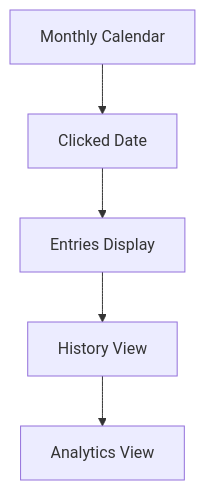
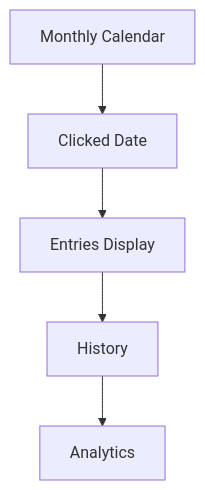
One commit to abhijeet-hudda/Focus-and-Habit-Tracker changed the fourth of 5 diagrams in README.md. Above: the diagram before and after it, drawn with Mermaid. The commit also changed other lines of this file, not shown here.

Commit message:
add wireframe and flowcharts

````diff
--- a/README.md
+++ b/README.md
@@ -88,7 +88,7 @@
 ```mermaid
 flowchart TD
-	MC[Monthly Calendar] --> CD[Clicked Date]
-	CD --> ED[Entries Display]
-	ED --> H[History View]
-	H --> A[Analytics View]
+		MC[Monthly Calendar] --> CD[Clicked Date]
+		CD --> ED[Entries Display]
+		ED --> H[History]
+		H --> A[Analytics]
 ```
````
